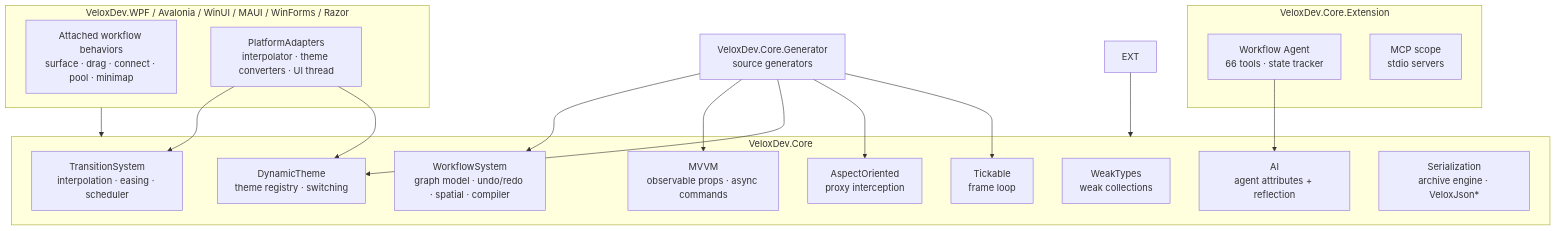
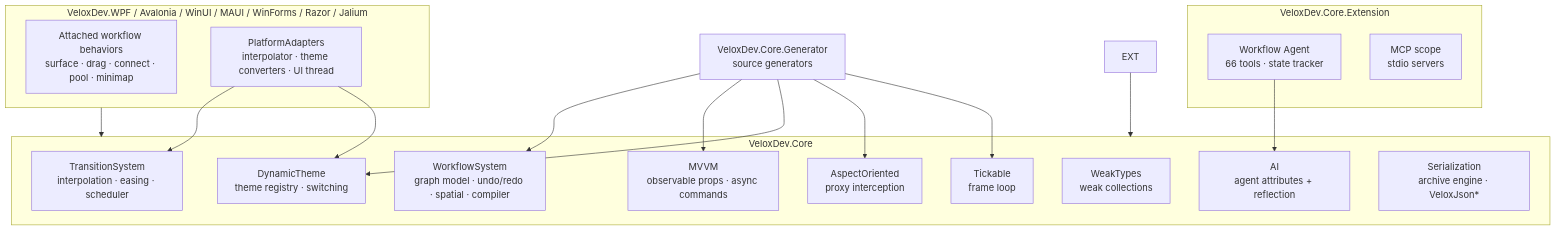
Before and after one commit to Axvser/VeloxDev.Docs: the diagram in src/CloudGlyph/Assets/Docs/content/en/3_SE_Analysis/01_functional-structure/index.md, drawn with Mermaid. The commit also changed other lines of this file and 616 other files, not shown here.

````diff
--- a/src/CloudGlyph/Assets/Docs/content/en/3_SE_Analysis/01_functional-structure/index.md
+++ b/src/CloudGlyph/Assets/Docs/content/en/3_SE_Analysis/01_functional-structure/index.md
@@ -22,32 +22,32 @@
 ```mermaid
 flowchart TD
     subgraph Core [VeloxDev.Core]
         WF[WorkflowSystem<br/>graph model · undo/redo · spatial · compiler]
         MV[MVVM<br/>observable props · async commands]
         TR[TransitionSystem<br/>interpolation · easing · scheduler]
         TH[DynamicTheme<br/>theme registry · switching]
         AOP[AspectOriented<br/>proxy interception]
         MB[Tickable<br/>frame loop]
         WT[WeakTypes<br/>weak collections]
         AI[AI<br/>agent attributes + reflection]
         SER[Serialization<br/>archive engine · VeloxJson*]
     end
     subgraph Ext [VeloxDev.Core.Extension]
         AGT[Workflow Agent<br/>66 tools · state tracker]
         MCP[MCP scope<br/>stdio servers]
     end
-    subgraph Adapters [VeloxDev.WPF / Avalonia / WinUI / MAUI / WinForms / Razor]
+    subgraph Adapters [VeloxDev.WPF / Avalonia / WinUI / MAUI / WinForms / Razor / Jalium]
         AB[Attached workflow behaviors<br/>surface · drag · connect · pool · minimap]
         PA[PlatformAdapters<br/>interpolator · theme converters · UI thread]
     end
     GEN[VeloxDev.Core.Generator<br/>source generators] --> WF
     GEN --> MV
     GEN --> TH
     GEN --> AOP
     GEN --> MB
     EXT --> Core
     AGT --> AI
     Adapters --> Core
     PA --> TR
     PA --> TH
 ```
````
